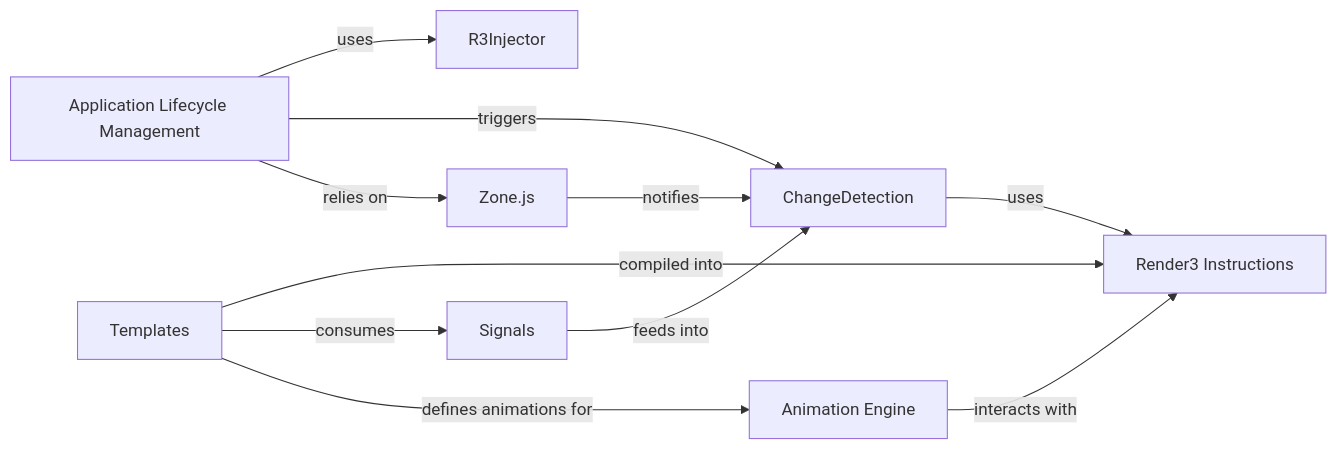
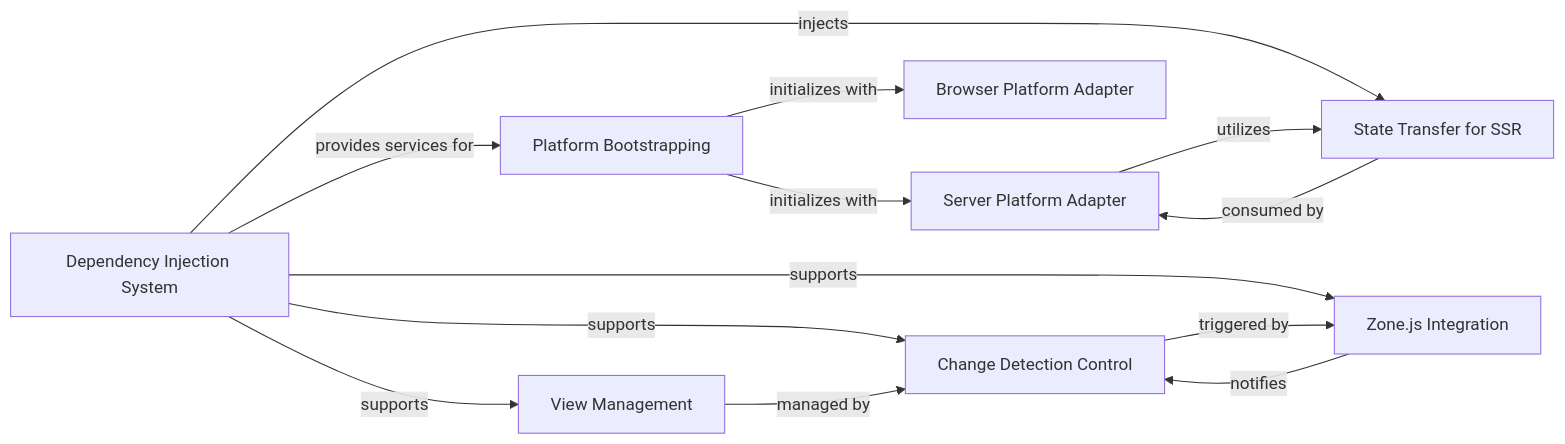
The diagram in angular/Angular_Core_Runtime.md (CodeBoarding/GeneratedOnBoardings), drawn with Mermaid before and after one commit. The commit also changed other lines of this file and 29 other files, not shown here.

````diff
--- a/angular/Angular_Core_Runtime.md
+++ b/angular/Angular_Core_Runtime.md
@@ -1,21 +1,27 @@
 ```mermaid
 graph LR
-    Application_Lifecycle_Management["Application Lifecycle Management"]
-    R3Injector["R3Injector"]
-    ChangeDetection["ChangeDetection"]
-    Render3_Instructions["Render3 Instructions"]
-    Signals["Signals"]
-    Zone_js["Zone.js"]
-    Animation_Engine["Animation Engine"]
-    Templates["Templates"]
-    Application_Lifecycle_Management -- "uses" --> R3Injector
-    Application_Lifecycle_Management -- "triggers" --> ChangeDetection
-    Application_Lifecycle_Management -- "relies on" --> Zone_js
-    Templates -- "compiled into" --> Render3_Instructions
-    Templates -- "consumes" --> Signals
-    Templates -- "defines animations for" --> Animation_Engine
-    Signals -- "feeds into" --> ChangeDetection
-    Zone_js -- "notifies" --> ChangeDetection
-    ChangeDetection -- "uses" --> Render3_Instructions
-    Animation_Engine -- "interacts with" --> Render3_Instructions
+    Dependency_Injection_System["Dependency Injection System"]
+    View_Management["View Management"]
+    Change_Detection_Control["Change Detection Control"]
+    Platform_Bootstrapping["Platform Bootstrapping"]
+    Browser_Platform_Adapter["Browser Platform Adapter"]
+    Server_Platform_Adapter["Server Platform Adapter"]
+    Zone_js_Integration["Zone.js Integration"]
+    State_Transfer_for_SSR["State Transfer for SSR"]
+    Dependency_Injection_System -- "provides services for" --> Platform_Bootstrapping
+    Dependency_Injection_System -- "injects" --> State_Transfer_for_SSR
+    Dependency_Injection_System -- "supports" --> Change_Detection_Control
+    Dependency_Injection_System -- "supports" --> View_Management
+    Dependency_Injection_System -- "supports" --> Zone_js_Integration
+    View_Management -- "managed by" --> Change_Detection_Control
+    Change_Detection_Control -- "triggered by" --> Zone_js_Integration
+    Platform_Bootstrapping -- "initializes with" --> Browser_Platform_Adapter
+    Platform_Bootstrapping -- "initializes with" --> Server_Platform_Adapter
+    Server_Platform_Adapter -- "utilizes" --> State_Transfer_for_SSR
+    Zone_js_Integration -- "notifies" --> Change_Detection_Control
+    State_Transfer_for_SSR -- "consumed by" --> Server_Platform_Adapter
+    click Dependency_Injection_System href "https://github.com/CodeBoarding/GeneratedOnBoardings/blob/main/angular/Dependency_Injection_System.md" "Details"
+    click View_Management href "https://github.com/CodeBoarding/GeneratedOnBoardings/blob/main/angular/View_Management.md" "Details"
+    click Platform_Bootstrapping href "https://github.com/CodeBoarding/GeneratedOnBoardings/blob/main/angular/Platform_Bootstrapping.md" "Details"
+    click Zone_js_Integration href "https://github.com/CodeBoarding/GeneratedOnBoardings/blob/main/angular/Zone_js_Integration.md" "Details"
 ```
````
